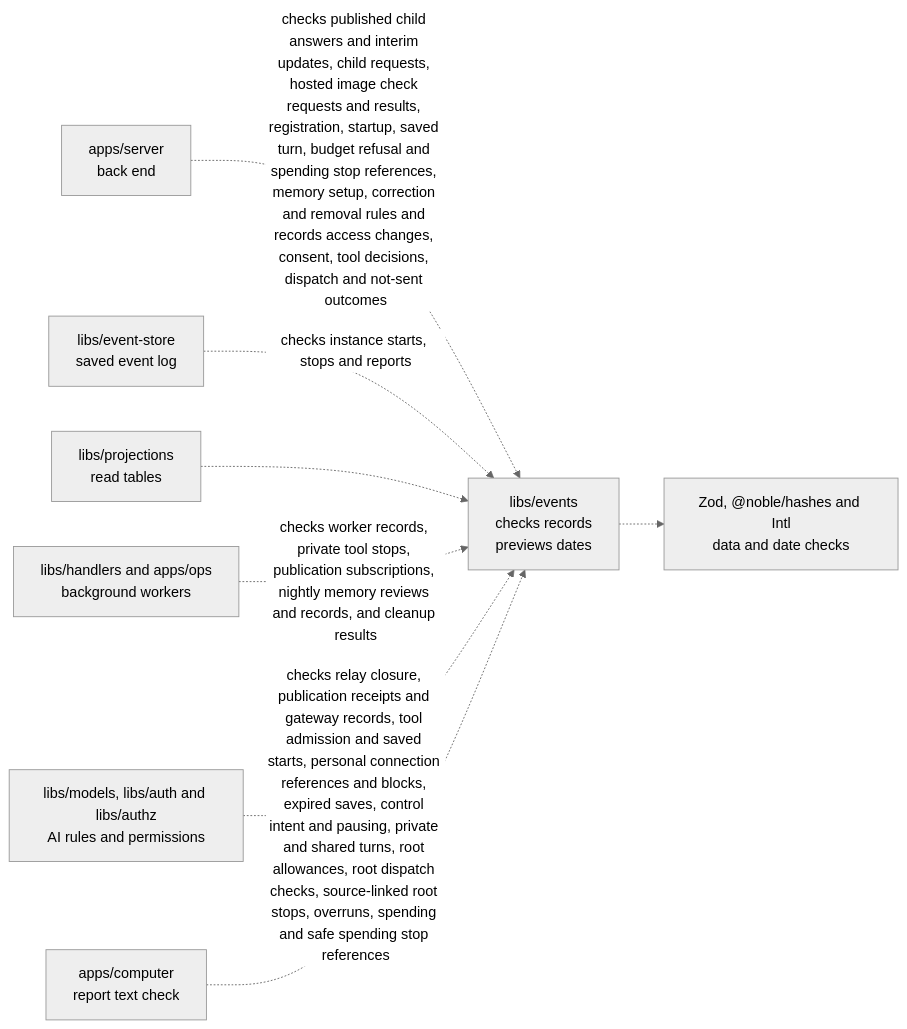
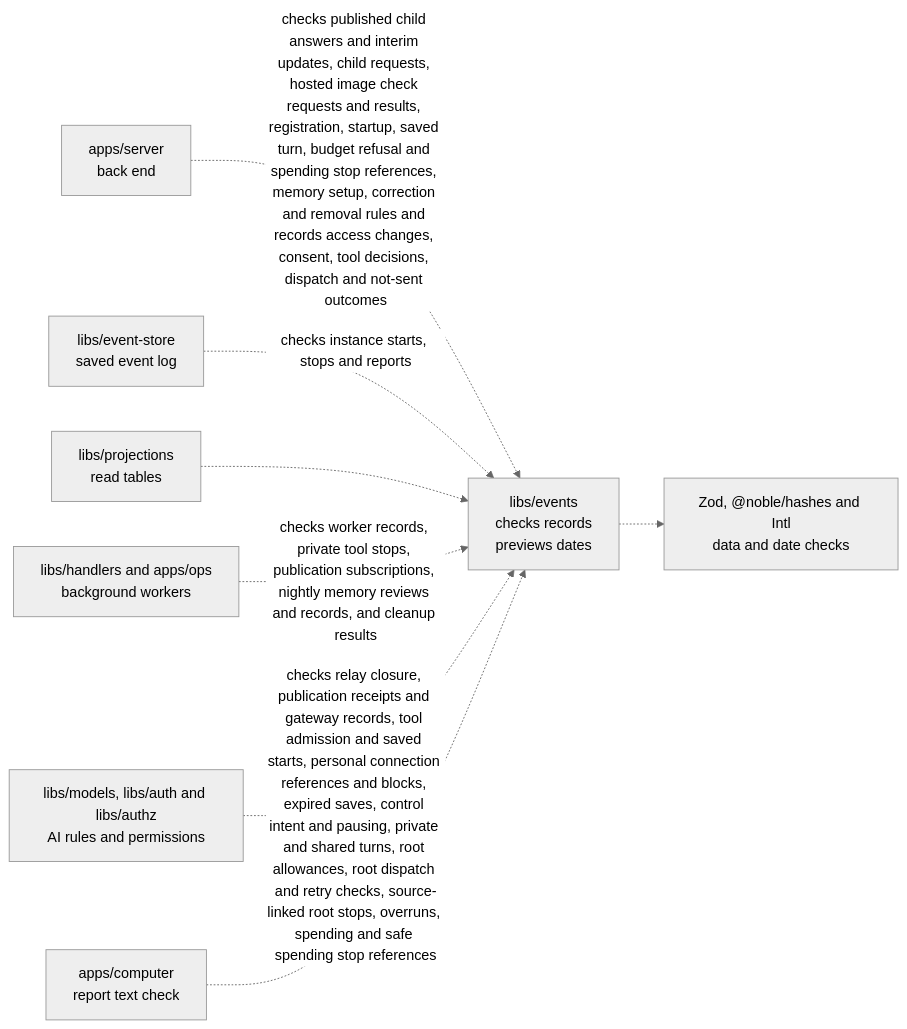
The diagram in libs/events/README.md (elewa-git/opencrane-new), drawn with Mermaid (neutral theme) before and after one commit. The commit also changed other lines of this file and 15 other files, not shown here.

````diff
--- a/libs/events/README.md
+++ b/libs/events/README.md
@@ -27,10 +27,10 @@
 ```mermaid
 flowchart LR
   server["apps/server<br/>back end"] -.->|checks published child answers and interim updates, child requests, hosted image check requests and results, registration, startup, saved turn, budget refusal and spending stop references, memory setup, correction and removal rules and records access changes, consent, tool decisions, dispatch and not-sent outcomes| events["libs/events<br/>checks records<br/>previews dates"]
   store["libs/event-store<br/>saved event log"] -.->|checks instance starts, stops and reports| events
   projections["libs/projections<br/>read tables"] -.-> events
   workers["libs/handlers and apps/ops<br/>background workers"] -.->|checks worker records, private tool stops, publication subscriptions, nightly memory reviews and records, and cleanup results| events
-  others["libs/models, libs/auth and libs/authz<br/>AI rules and permissions"] -.->|checks relay closure, publication receipts and gateway records, tool admission and saved starts, personal connection references and blocks, expired saves, control intent and pausing, private and shared turns, root allowances, root dispatch checks, source-linked root stops, overruns, spending and safe spending stop references| events
+  others["libs/models, libs/auth and libs/authz<br/>AI rules and permissions"] -.->|checks relay closure, publication receipts and gateway records, tool admission and saved starts, personal connection references and blocks, expired saves, control intent and pausing, private and shared turns, root allowances, root dispatch and retry checks, source-linked root stops, overruns, spending and safe spending stop references| events
   computer["apps/computer<br/>report text check"] -.-> events
   events -.-> checks["Zod, @noble/hashes and Intl<br/>data and date checks"]
 ```
````
